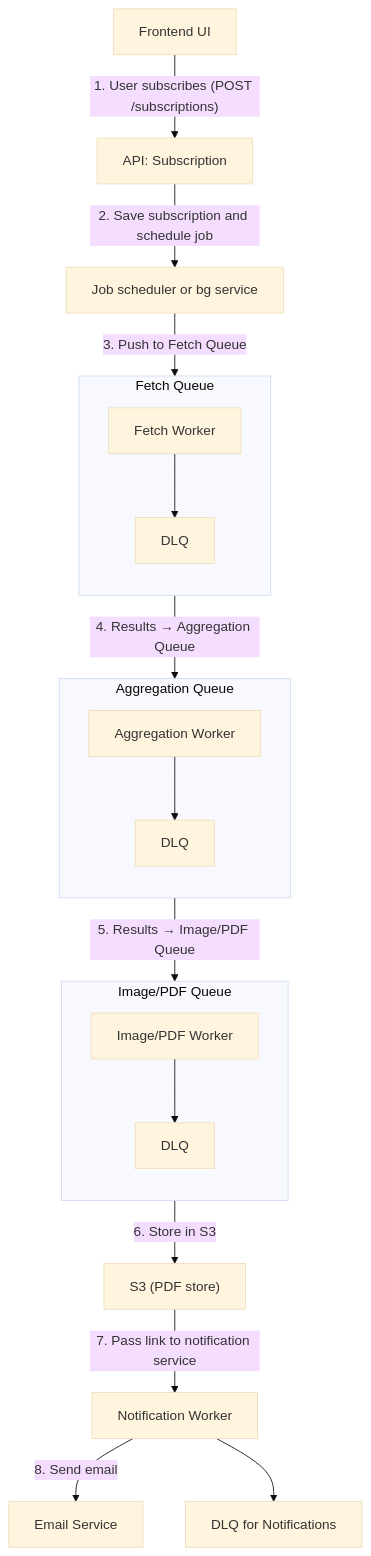
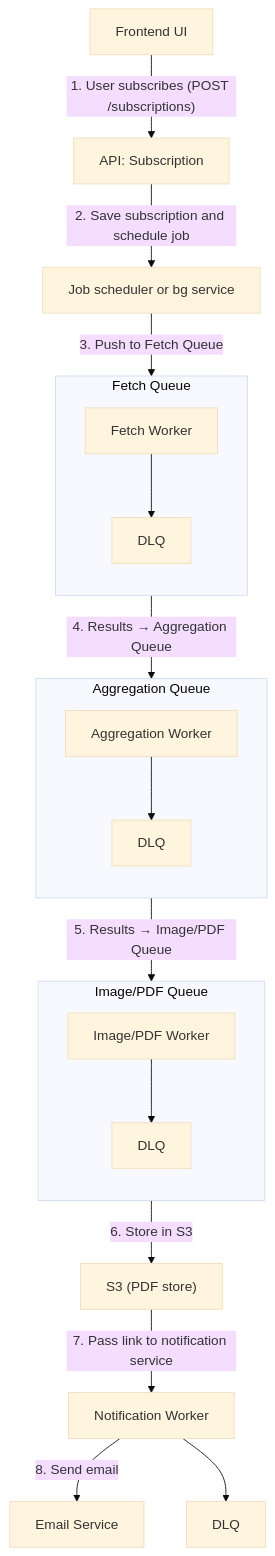
One commit to daisy2023/flo-exercise changed the diagram in README.md. Above: the diagram before and after it, drawn with Mermaid.

````diff
--- a/README.md
+++ b/README.md
@@ -36,40 +36,40 @@
 ```mermaid
 %%{init: {'theme': 'base'}}%%
 flowchart TD
     A["Frontend UI"];
     B["API: Subscription"];
     C["Job scheduler or bg service"];
 
     subgraph Q1["Fetch Queue"]
         direction TB
         F["Fetch Worker"] --> F_DLQ["DLQ"]
     end
 
     subgraph Q2["Aggregation Queue"]
         direction TB
         G["Aggregation Worker"] --> G_DLQ["DLQ"]
     end
 
     subgraph Q3["Image/PDF Queue"]
         direction TB
         H["Image/PDF Worker"] --> H_DLQ["DLQ"]
     end
 
     I["S3 (PDF store)"];
     J["Notification Worker"];
     K["Email Service"];
-    J_DLQ["DLQ for Notifications"]
+    J_DLQ["DLQ"]
 
     %% Flow
     A -->|"1. User subscribes (POST /subscriptions)"| B;
     B -->|"2. Save subscription and schedule job"| C;
     C -->|"3. Push to Fetch Queue"| Q1;
 
     Q1 -->|"4. Results → Aggregation Queue"| Q2;
     Q2 -->|"5. Results → Image/PDF Queue"| Q3;
     Q3 -->|"6. Store in S3"| I;
 
     I -->|"7. Pass link to notification service"| J;
     J -->|"8. Send email"| K;
     J --> J_DLQ;
 ```
````
